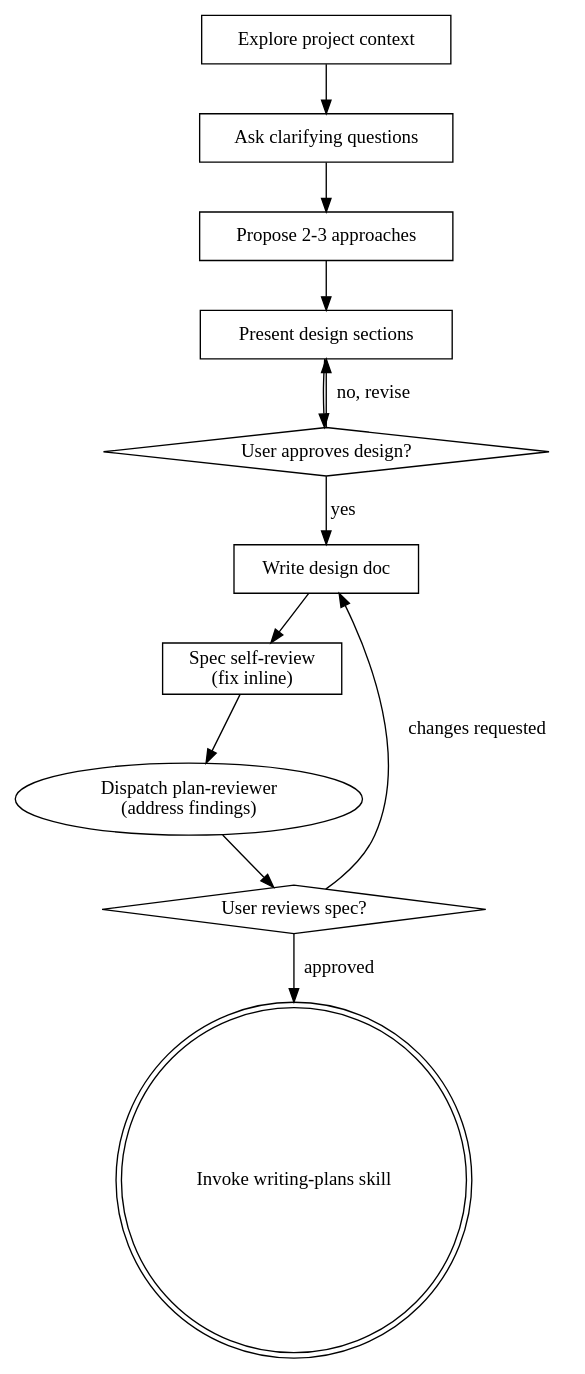
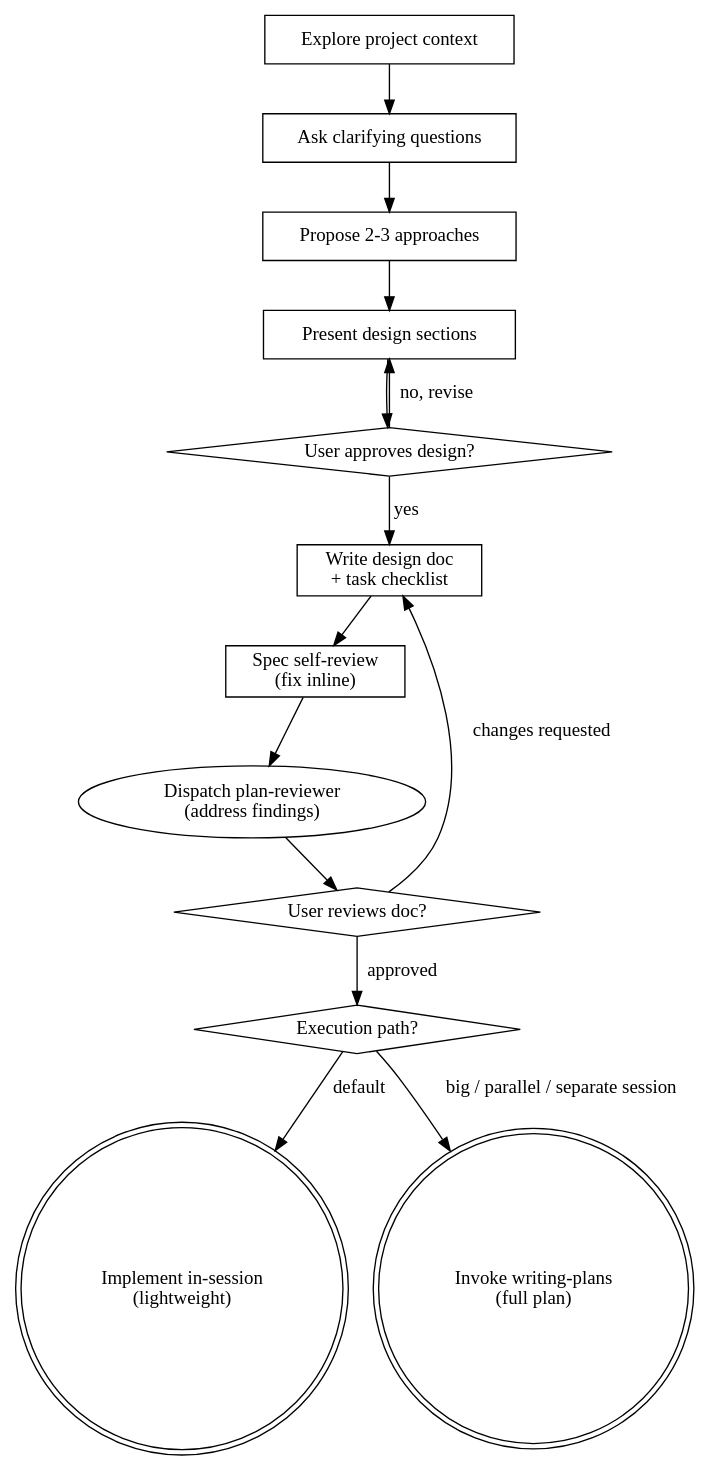
The diagram in skills/brainstorming/SKILL.md (geofffranks/superpowers), drawn with Graphviz before and after one commit. The commit also changed other lines of this file and 1 other file, not shown here.

First line of the commit message:
feat(brainstorming): merge writing-plans into a lightweight flow

````diff
--- a/skills/brainstorming/SKILL.md
+++ b/skills/brainstorming/SKILL.md
@@ -37,25 +37,29 @@
 ```dot
 digraph brainstorming {
     "Explore project context" [shape=box];
     "Ask clarifying questions" [shape=box];
     "Propose 2-3 approaches" [shape=box];
     "Present design sections" [shape=box];
     "User approves design?" [shape=diamond];
-    "Write design doc" [shape=box];
+    "Write design doc\n+ task checklist" [shape=box];
     "Spec self-review\n(fix inline)" [shape=box];
-    "User reviews spec?" [shape=diamond];
-    "Invoke writing-plans skill" [shape=doublecircle];
+    "User reviews doc?" [shape=diamond];
+    "Execution path?" [shape=diamond];
+    "Implement in-session\n(lightweight)" [shape=doublecircle];
+    "Invoke writing-plans\n(full plan)" [shape=doublecircle];
 
     "Explore project context" -> "Ask clarifying questions";
     "Ask clarifying questions" -> "Propose 2-3 approaches";
     "Propose 2-3 approaches" -> "Present design sections";
     "Present design sections" -> "User approves design?";
     "User approves design?" -> "Present design sections" [label="no, revise"];
-    "User approves design?" -> "Write design doc" [label="yes"];
-    "Write design doc" -> "Spec self-review\n(fix inline)";
+    "User approves design?" -> "Write design doc\n+ task checklist" [label="yes"];
+    "Write design doc\n+ task checklist" -> "Spec self-review\n(fix inline)";
     "Spec self-review\n(fix inline)" -> "Dispatch plan-reviewer\n(address findings)";
-    "Dispatch plan-reviewer\n(address findings)" -> "User reviews spec?";
-    "User reviews spec?" -> "Write design doc" [label="changes requested"];
-    "User reviews spec?" -> "Invoke writing-plans skill" [label="approved"];
+    "Dispatch plan-reviewer\n(address findings)" -> "User reviews doc?";
+    "User reviews doc?" -> "Write design doc\n+ task checklist" [label="changes requested"];
+    "User reviews doc?" -> "Execution path?" [label="approved"];
+    "Execution path?" -> "Implement in-session\n(lightweight)" [label="default"];
+    "Execution path?" -> "Invoke writing-plans\n(full plan)" [label="big / parallel / separate session"];
 }
 ```
````
